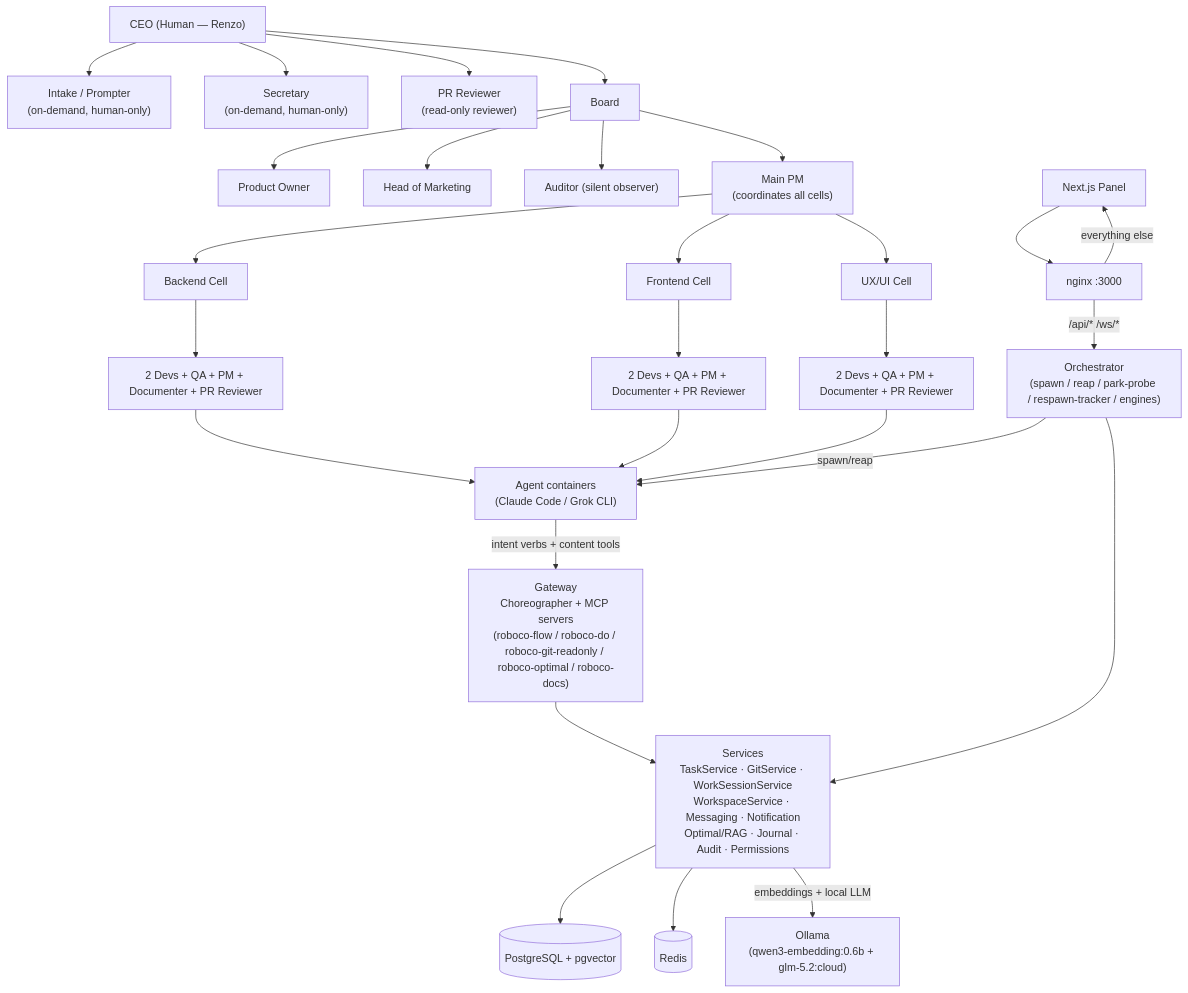
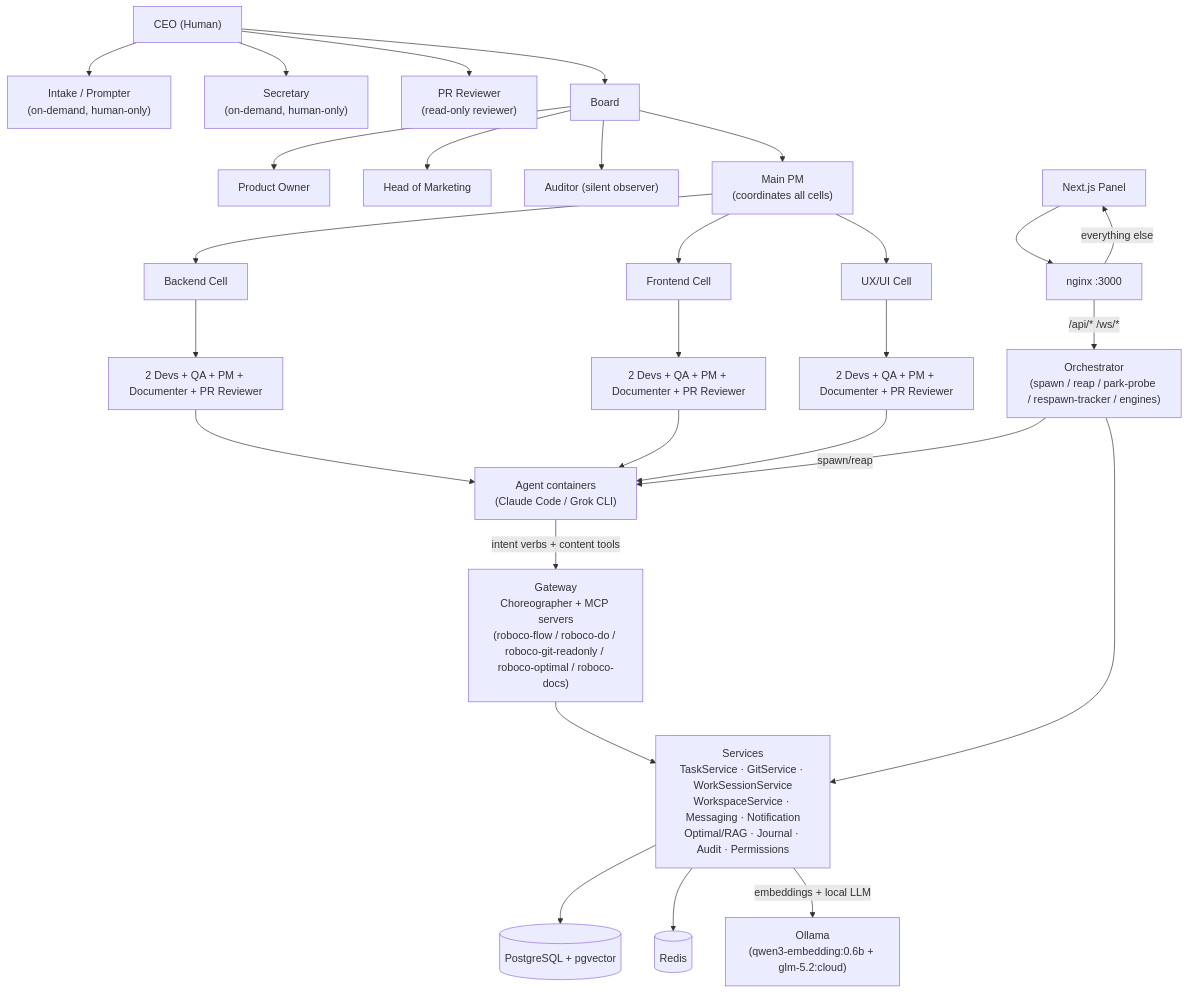
One commit to rennf93/roboco changed the first of 9 diagrams in docs/map/_front.md. Above: the diagram before and after it, drawn with Mermaid. The commit also changed 3 other files, not shown here.

````diff
--- a/docs/map/_front.md
+++ b/docs/map/_front.md
@@ -60,66 +60,66 @@
 ```mermaid
 graph TB
-    CEO["CEO (Human — Renzo)"]
+    CEO["CEO (Human)"]
     Intake["Intake / Prompter<br/>(on-demand, human-only)"]
     Sec["Secretary<br/>(on-demand, human-only)"]
     PRRev["PR Reviewer<br/>(read-only reviewer)"]
 
     Board["Board"]
     PO["Product Owner"]
     HM["Head of Marketing"]
     Aud["Auditor (silent observer)"]
 
     MainPM["Main PM<br/>(coordinates all cells)"]
 
     BE["Backend Cell"]
     FE["Frontend Cell"]
     UX["UX/UI Cell"]
 
     BEDev["2 Devs + QA + PM + Documenter + PR Reviewer"]
     FEDev["2 Devs + QA + PM + Documenter + PR Reviewer"]
     UXDev["2 Devs + QA + PM + Documenter + PR Reviewer"]
 
     CEO --> Intake
     CEO --> Sec
     CEO --> PRRev
     CEO --> Board
     Board --> PO
     Board --> HM
     Board --> Aud
     Board --> MainPM
     MainPM --> BE
     MainPM --> FE
     MainPM --> UX
     BE --> BEDev
     FE --> FEDev
     UX --> UXDev
 
     Agents["Agent containers<br/>(Claude Code / Grok CLI)"]
     BEDev --> Agents
     FEDev --> Agents
     UXDev --> Agents
 
     GW["Gateway<br/>Choreographer + MCP servers<br/>(roboco-flow / roboco-do / roboco-git-readonly / roboco-optimal / roboco-docs)"]
     Agents -->|intent verbs + content tools| GW
 
     Svcs["Services<br/>TaskService · GitService · WorkSessionService<br/>WorkspaceService · Messaging · Notification<br/>Optimal/RAG · Journal · Audit · Permissions"]
     GW --> Svcs
 
     PG[("PostgreSQL + pgvector")]
     Redis[("Redis")]
     Svcs --> PG
     Svcs --> Redis
 
     Orch["Orchestrator<br/>(spawn / reap / park-probe / respawn-tracker / engines)"]
     Orch -->|spawn/reap| Agents
     Orch --> Svcs
 
     Ollama["Ollama<br/>(qwen3-embedding:0.6b + glm-5.2:cloud)"]
     Svcs -->|embeddings + local LLM| Ollama
 
     Panel["Next.js Panel"]
     Nginx["nginx :3000"]
     Panel --> Nginx
     Nginx -->|/api/* /ws/*| Orch
     Nginx -->|everything else| Panel
 ```
````
